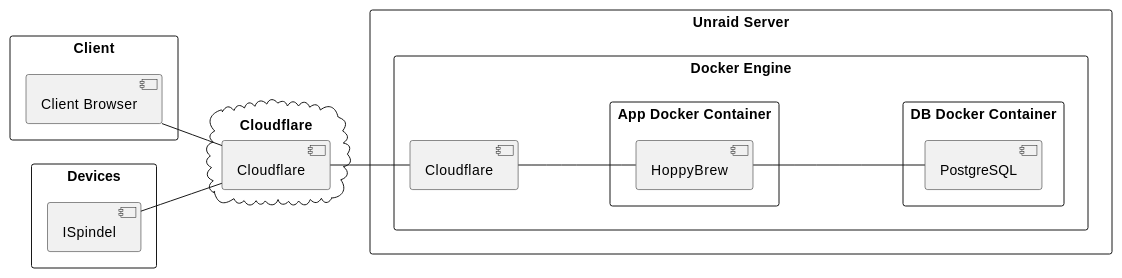
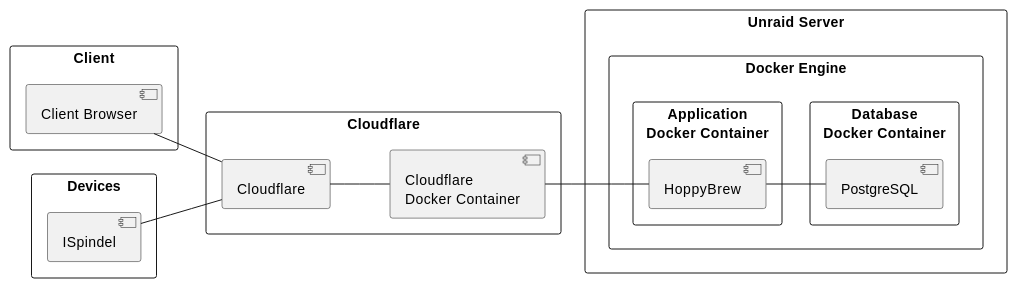
One commit to asbor/iu-project-software-engineering changed the fifth of 5 diagrams in documents/01-Conception-Phase/00-HoppyBrew.md. Above: the diagram before and after it, drawn with PlantUML. The commit also changed 3 other files, not shown here.

```diff
--- a/documents/01-Conception-Phase/00-HoppyBrew.md
+++ b/documents/01-Conception-Phase/00-HoppyBrew.md
@@ -565,37 +565,39 @@
 @startuml 05-black-box-overall-system
 
 left to right direction
 
 rectangle "Client" {
     component "Client Browser" as client_browser
 }
 
 rectangle "Devices" {
     component "ISpindel" as iSpindel
 }
 
 cloud "Cloudflare" {
     component "Cloudflare" as cloudflare
 }
 rectangle "Unraid Server" {
     rectangle "Docker Engine" {
-        component "Cloudflare" as cloudflareTunnel
+        rectangle "Cloudflare" {
+            component "Cloudflare\nDocker Container" as cloudflareTunnel
+        }
 
-        rectangle "App Docker Container" {
+        rectangle "Application\nDocker Container" {
             component "HoppyBrew" as hoppybrew
         }
 
-        rectangle "DB Docker Container" {
+        rectangle "Database\nDocker Container" {
             component "PostgreSQL" as postgres
         }
     }
 }
 
 
 client_browser -- cloudflare
 iSpindel -- cloudflare
 cloudflare -- cloudflareTunnel
 cloudflareTunnel -- hoppybrew
 hoppybrew -- postgres
 
 @enduml
```
